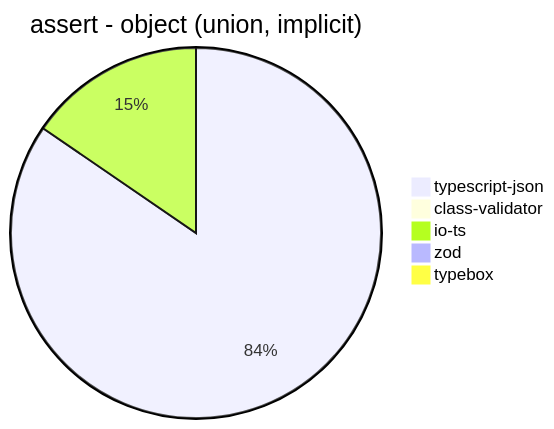
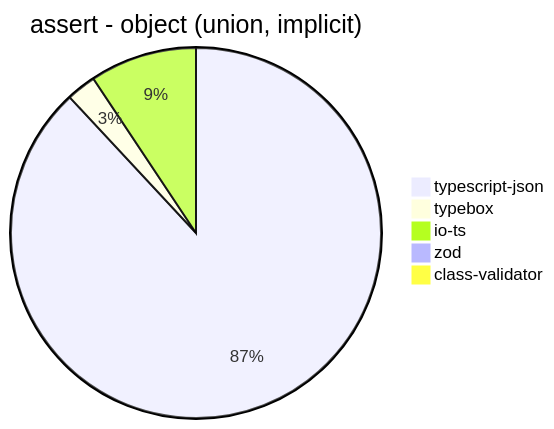
Before and after one commit to samchon/typia: diagram 12 of 39 in benchmark/results/AMD Ryzen 7 5800H with Radeon Graphics.md, drawn with Mermaid. The commit also changed other lines of this file and 7 other files, not shown here.

````diff
--- a/benchmark/results/AMD Ryzen 7 5800H with Radeon Graphics.md
+++ b/benchmark/results/AMD Ryzen 7 5800H with Radeon Graphics.md
@@ -156,8 +156,8 @@
 ```mermaid
 pie title assert - object (union, implicit)
-  "typescript-json": 4729.312247149687
-  "class-validator": 16.458672454331705
-  "io-ts": 863.8005780346822
-  "zod": 53.455019556714475
-  "typebox": 0
+  "typescript-json": 5072.73045916579
+  "typebox": 149.06490649064907
+  "io-ts": 537.934763020364
+  "zod": 47.36053912392363
+  "class-validator": 16.092814371257486
 ```
````
